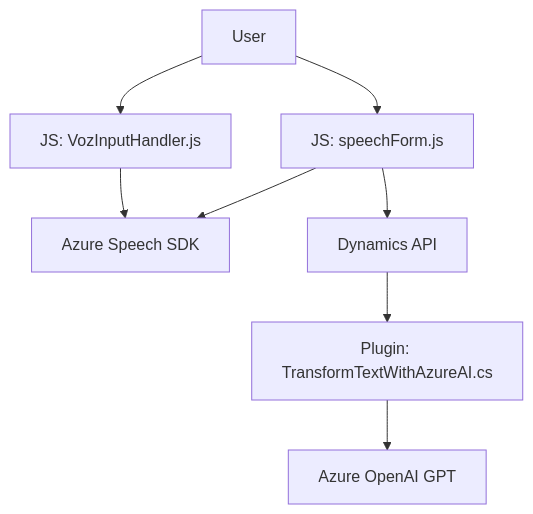
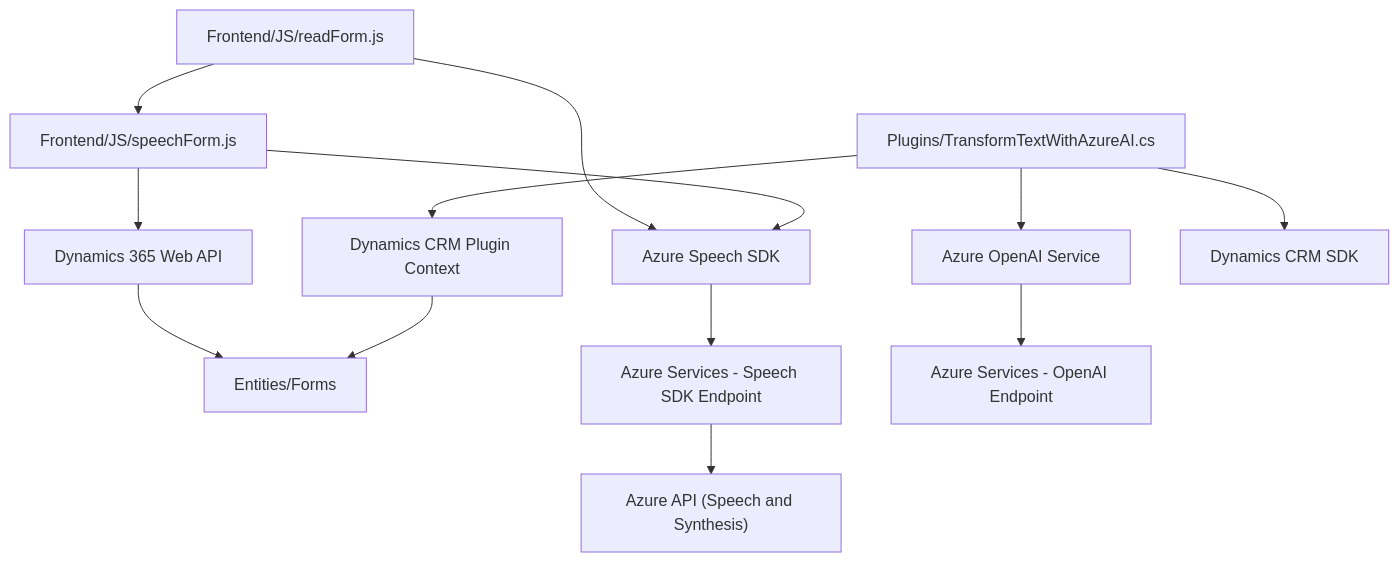
One commit to blopezdm/NETCORE_BILBAO2025 changed the diagram in README.md. Above: the diagram before and after it, drawn with Mermaid. The commit also changed other lines of this file, not shown here.

````diff
--- a/README.md
+++ b/README.md
@@ -50,10 +36,17 @@
 ```mermaid
 graph TD
-A["User"] --> B["JS: VozInputHandler.js"]
-A["User"] --> C["JS: speechForm.js"]
-B --> D["Azure Speech SDK"]
-C --> D["Azure Speech SDK"]
-C --> E["Dynamics API"]
-E --> F["Plugin: TransformTextWithAzureAI.cs"]
-F --> G["Azure OpenAI GPT"]
+A["Frontend/JS/readForm.js"] --> B["Frontend/JS/speechForm.js"]
+A --> C["Azure Speech SDK"]
+B --> C
+B --> D["Dynamics 365 Web API"]
+D --> E["Entities/Forms"]
+
+C --> F["Azure Services - Speech SDK Endpoint"]
+F --> G["Azure API (Speech and Synthesis)"]
+
+H["Plugins/TransformTextWithAzureAI.cs"] --> I["Azure OpenAI Service"]
+H --> J["Dynamics CRM Plugin Context"]
+H --> K["Dynamics CRM SDK"]
+J --> E
+I --> L["Azure Services - OpenAI Endpoint"]
 ```
````
